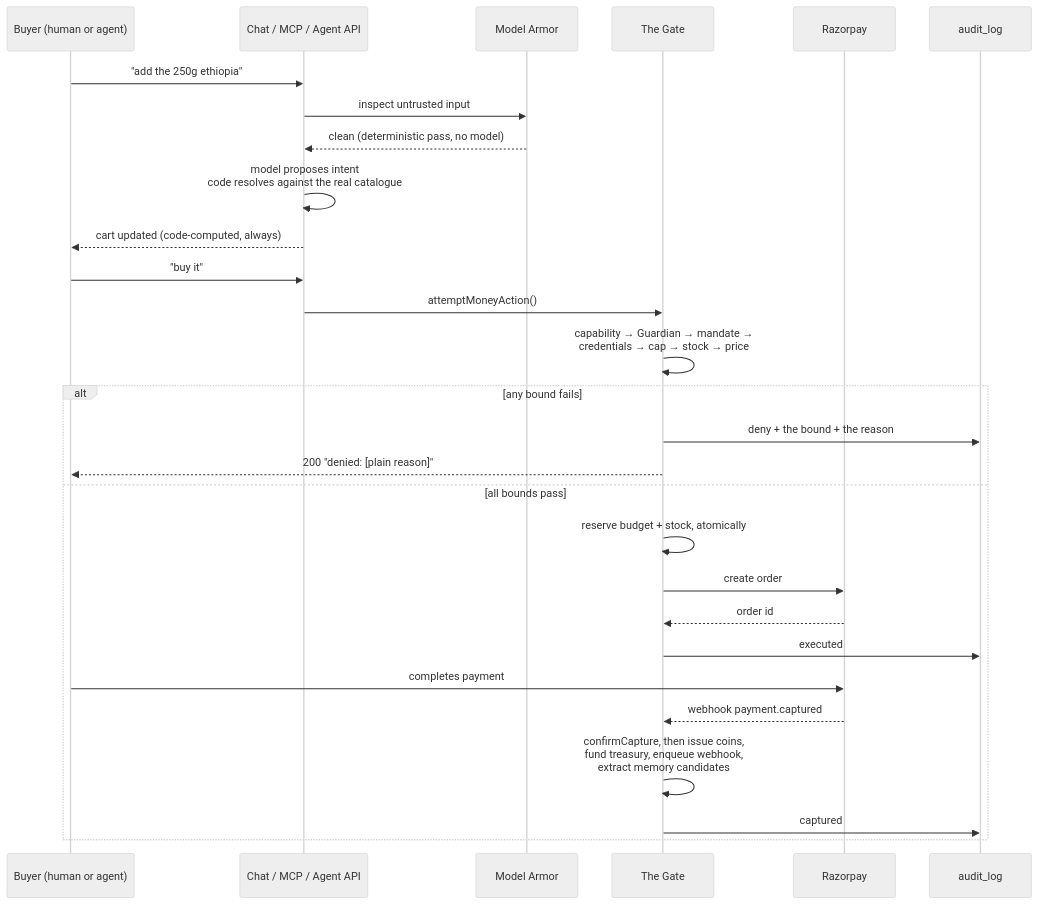
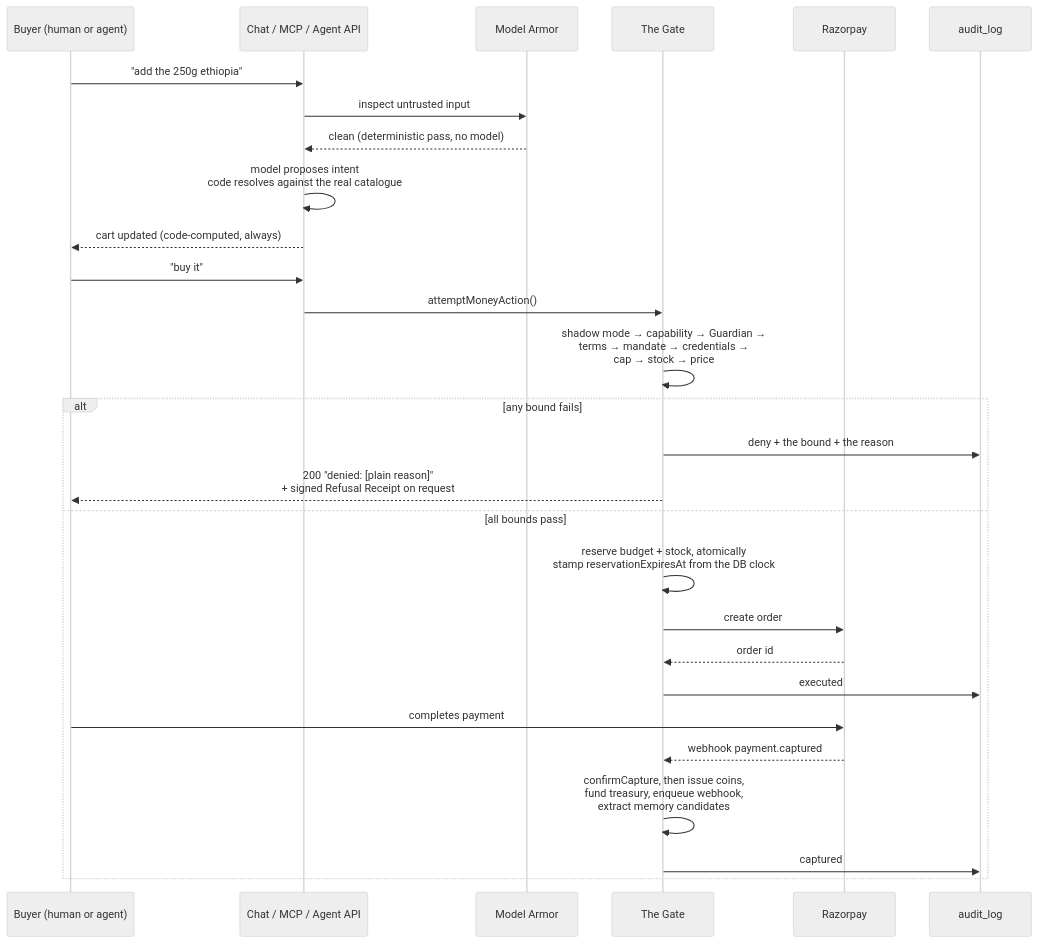
Before and after one commit to shivanshv45/ThirdMan: the third of 3 diagrams in README.md, drawn with Mermaid (neutral theme). The commit also changed other lines of this file and 12 other files, not shown here.

````diff
--- a/README.md
+++ b/README.md
@@ -351,33 +451,33 @@
 ```mermaid
 sequenceDiagram
     participant B as Buyer (human or agent)
     participant S as Chat / MCP / Agent API
     participant A as Model Armor
     participant G as The Gate
     participant R as Razorpay
     participant L as audit_log
 
     B->>S: "add the 250g ethiopia"
     S->>A: inspect untrusted input
     A-->>S: clean (deterministic pass, no model)
     S->>S: model proposes intent<br/>code resolves against the real catalogue
     S-->>B: cart updated (code-computed, always)
 
     B->>S: "buy it"
     S->>G: attemptMoneyAction()
-    G->>G: capability → Guardian → mandate →<br/>credentials → cap → stock → price
+    G->>G: shadow mode → capability → Guardian →<br/>terms → mandate → credentials →<br/>cap → stock → price
 
     alt any bound fails
         G->>L: deny + the bound + the reason
-        G-->>B: 200 "denied: [plain reason]"
+        G-->>B: 200 "denied: [plain reason]"<br/>+ signed Refusal Receipt on request
     else all bounds pass
-        G->>G: reserve budget + stock, atomically
+        G->>G: reserve budget + stock, atomically<br/>stamp reservationExpiresAt from the DB clock
         G->>R: create order
         R-->>G: order id
         G->>L: executed
         B->>R: completes payment
         R-->>G: webhook payment.captured
         G->>G: confirmCapture, then issue coins,<br/>fund treasury, enqueue webhook,<br/>extract memory candidates
         G->>L: captured
     end
 ```
````
